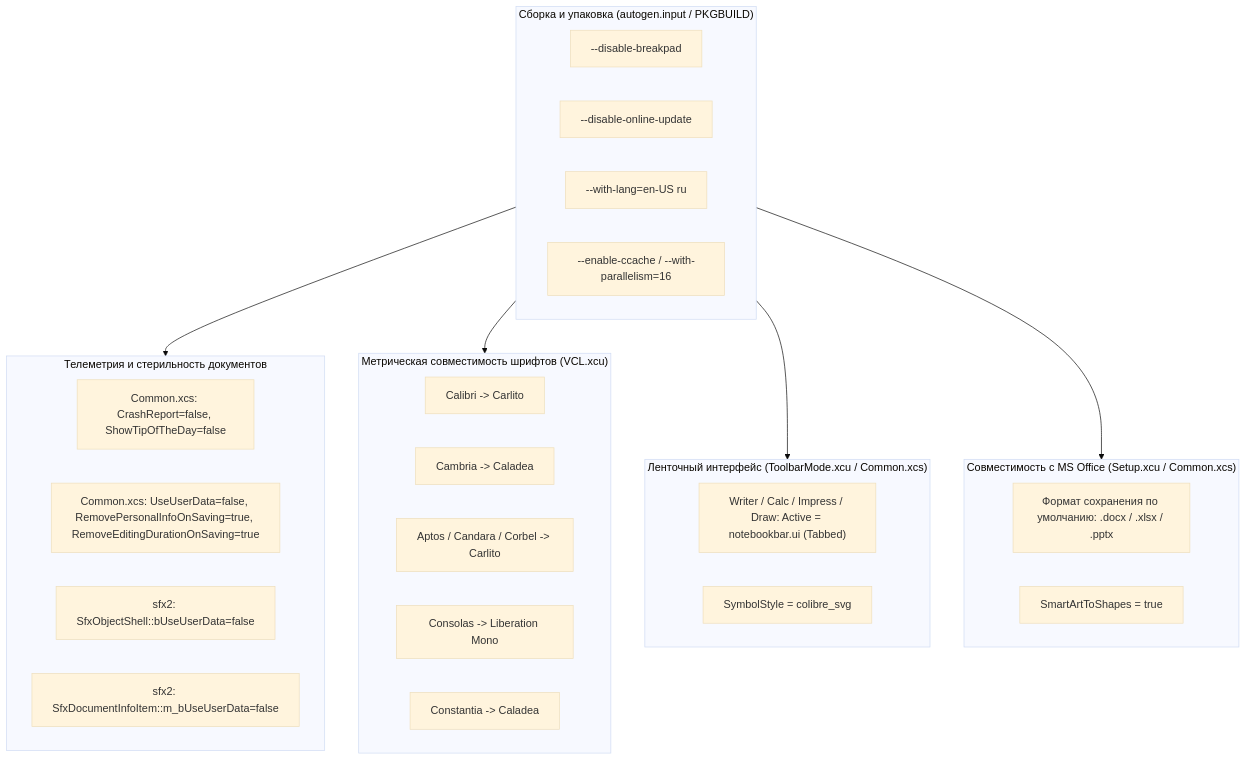
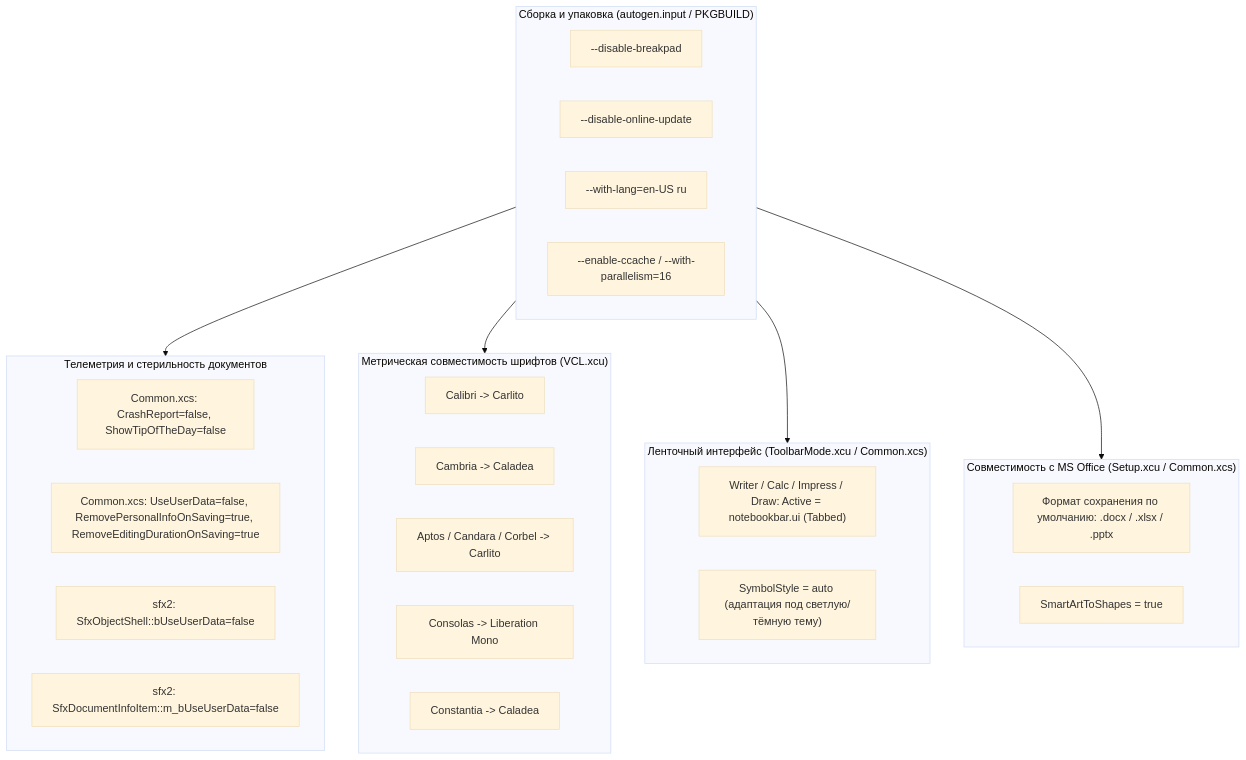
Before and after one commit to Utkautka1/libreoffice-mscompat_-fork-: the diagram in docs/UML.md, drawn with Mermaid (base theme). The commit also changed 2 other files, not shown here.

Commit message:
fix(ui): set SymbolStyle=auto for dark/light theme icon contrast

````diff
--- a/docs/UML.md
+++ b/docs/UML.md
@@ -5,39 +5,39 @@
 ```mermaid
 flowchart TD
     subgraph Build["Сборка и упаковка (autogen.input / PKGBUILD)"]
         A1["--disable-breakpad"]
         A2["--disable-online-update"]
         A3["--with-lang=en-US ru"]
         A4["--enable-ccache / --with-parallelism=16"]
     end
 
     subgraph Privacy["Телеметрия и стерильность документов"]
         P1["Common.xcs: CrashReport=false, ShowTipOfTheDay=false"]
         P2["Common.xcs: UseUserData=false, RemovePersonalInfoOnSaving=true, RemoveEditingDurationOnSaving=true"]
         P3["sfx2: SfxObjectShell::bUseUserData=false"]
         P4["sfx2: SfxDocumentInfoItem::m_bUseUserData=false"]
     end
 
     subgraph Fonts["Метрическая совместимость шрифтов (VCL.xcu)"]
         F1["Calibri -> Carlito"]
         F2["Cambria -> Caladea"]
         F3["Aptos / Candara / Corbel -> Carlito"]
         F4["Consolas -> Liberation Mono"]
         F5["Constantia -> Caladea"]
     end
 
     subgraph UI["Ленточный интерфейс (ToolbarMode.xcu / Common.xcs)"]
         U1["Writer / Calc / Impress / Draw: Active = notebookbar.ui (Tabbed)"]
-        U2["SymbolStyle = colibre_svg"]
+        U2["SymbolStyle = auto (адаптация под светлую/тёмную тему)"]
     end
 
     subgraph MSCompat["Совместимость с MS Office (Setup.xcu / Common.xcs)"]
         M1["Формат сохранения по умолчанию: .docx / .xlsx / .pptx"]
         M2["SmartArtToShapes = true"]
     end
 
     Build --> Privacy
     Build --> Fonts
     Build --> UI
     Build --> MSCompat
 ```
````
